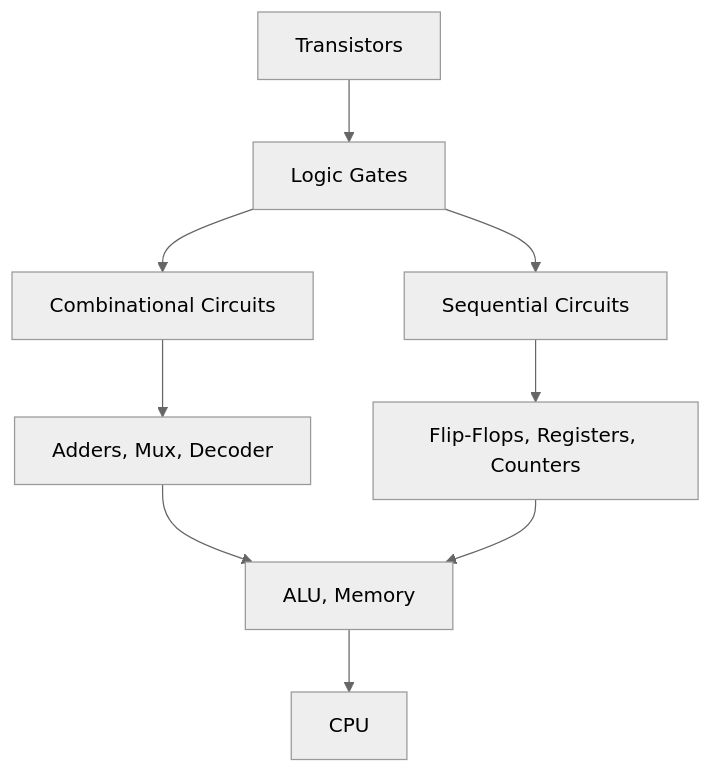
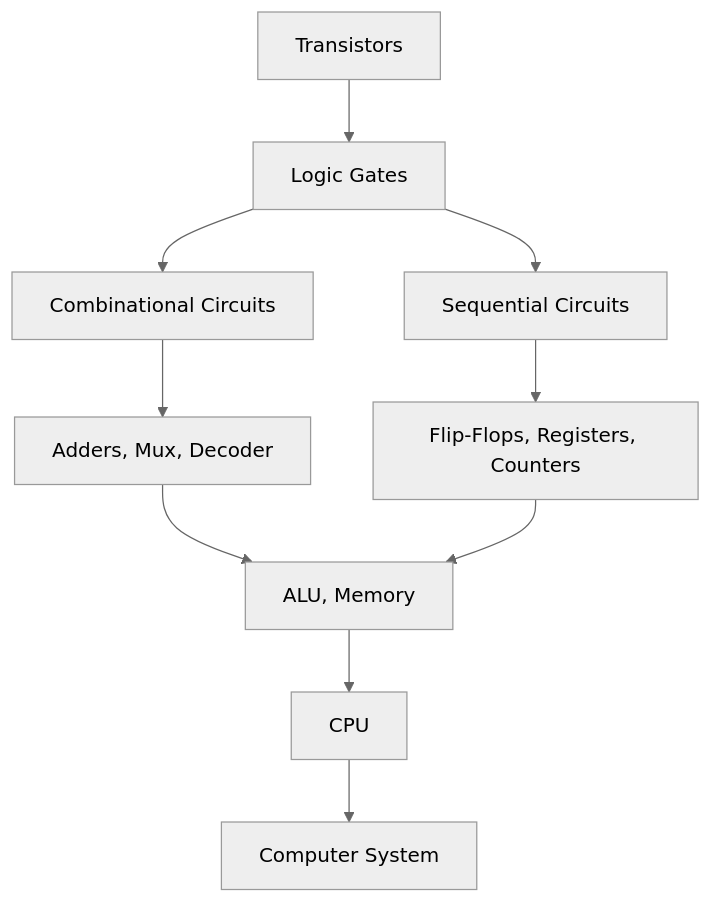
Before and after one commit to vanos001/placement_prep: the diagram in src/arch/digital-logic/README.md, drawn with Mermaid (neutral theme). The commit also changed other lines of this file and 21 other files, not shown here.

````diff
--- a/src/arch/digital-logic/README.md
+++ b/src/arch/digital-logic/README.md
@@ -16,11 +17,12 @@
 ```mermaid
 graph TD
     A[Transistors] --> B[Logic Gates]
     B --> C[Combinational Circuits]
     B --> D[Sequential Circuits]
     C --> E[Adders, Mux, Decoder]
     D --> F[Flip-Flops, Registers, Counters]
     E --> G[ALU, Memory]
     F --> G
     G --> H[CPU]
+    H --> I[Computer System]
 ```
````
